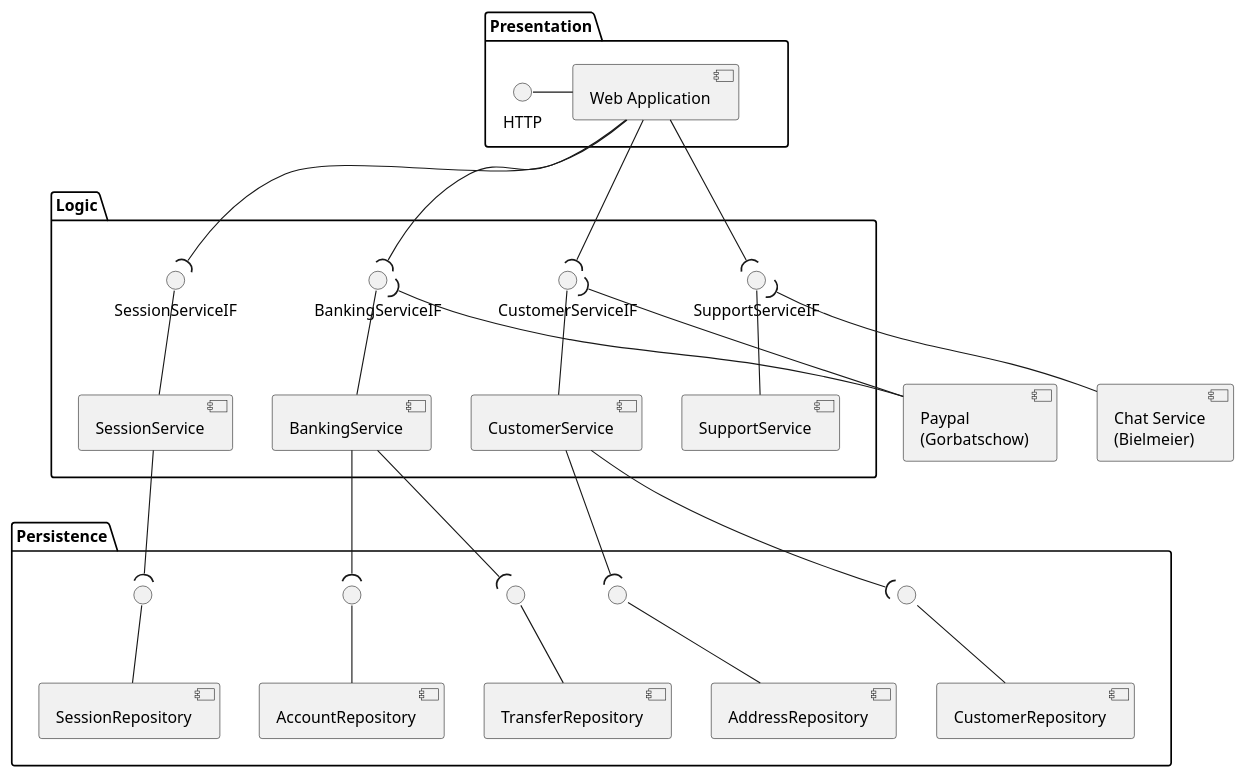
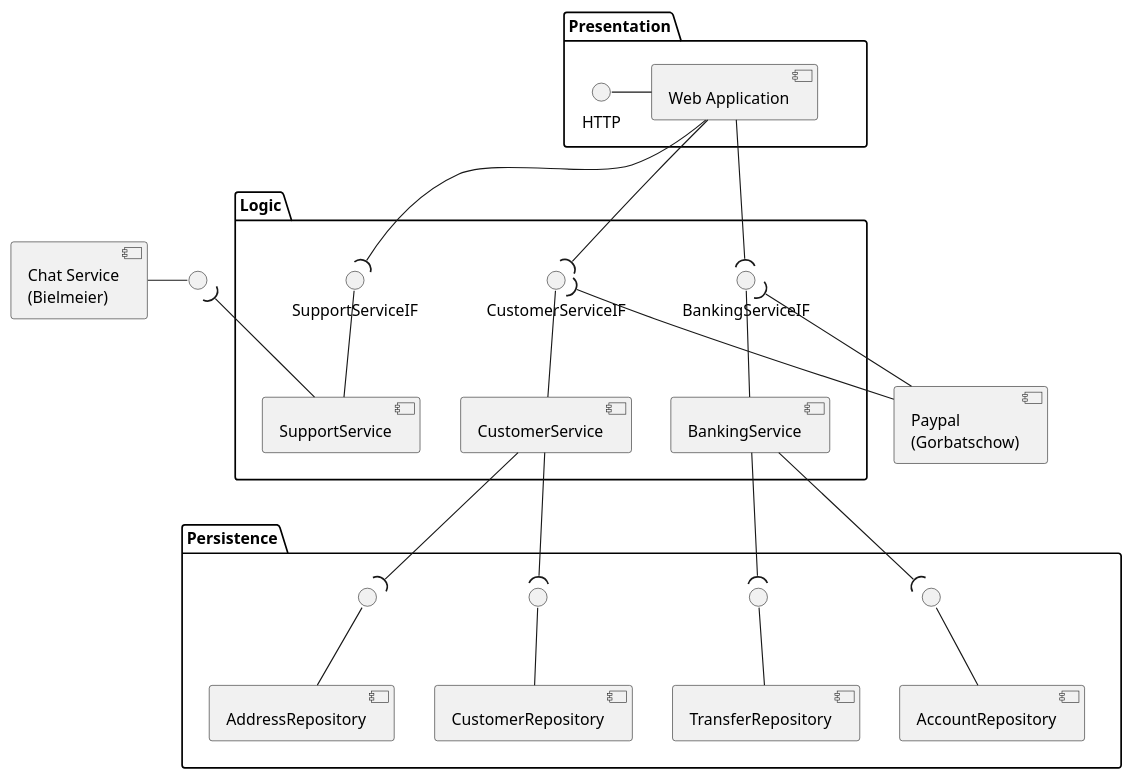
Before and after one commit to SteffBauer/sw_project: the diagram in documentation/diagrams/DiagramComponent_BankingService.puml, drawn with PlantUML.

Commit message:
Worked on use component diagram

```diff
--- a/documentation/diagrams/DiagramComponent_BankingService.puml
+++ b/documentation/diagrams/DiagramComponent_BankingService.puml
@@ -1,69 +1,72 @@
 @startuml
 
 skinparam monochrome true
 
 [Paypal\n(Gorbatschow)] as paypal
 [Chat Service\n(Bielmeier)] as chat
+
+interface " " as IFChat
+chat -right-() IFChat
 
 package "Presentation" as presentation {
   HTTP - [Web Application]
 }
 
 
 package "Logic" as logic {
 
-  [SessionService] -up-() SessionServiceIF
-  SessionServiceIF )-up- [Web Application]
+  '[SessionService] -up-() SessionServiceIF
+  'SessionServiceIF )-up- [Web Application]
 
   [CustomerService] -up-() CustomerServiceIF
   CustomerServiceIF )-up- [Web Application]
   CustomerServiceIF )-- paypal
 
   [BankingService] -up-() BankingServiceIF
   BankingServiceIF )-- [Web Application]
   BankingServiceIF )-- paypal
 
   [SupportService] -up-() SupportServiceIF
   SupportServiceIF )-up- [Web Application]
-  SupportServiceIF )-- chat
+  IFChat )-- SupportService
 
   'chat -[hidden]-> [SupportService]
 
 
 
 }
 
 package "Persistence" as persistence {
-  interface " " as IF1
+  'interface " " as IF1
   interface " " as IF2
   interface " " as IF3
   interface " " as IF4
   interface " " as IF5
 
-  [SessionRepository] -up-() IF1
-  IF1 )-up- [SessionService]
+  '[SessionRepository] -up-() IF1
+  'IF1 )-up- [SessionService]
 
   [AccountRepository] -up-() IF2
   IF2 )-up- [BankingService]
 
   [TransferRepository] -up-() IF3
   IF3 )-up- [BankingService]
 
   [CustomerRepository] -up-() IF4
   IF4 )-up- [CustomerService]
 
   [AddressRepository] -up-() IF5
   IF5 )-up- [CustomerService]
 }
 
 presentation -[hidden]-> logic
 presentation -[hidden]-> persistence
 logic -[hidden]-> persistence
 
 logic -[hidden]> chat
 paypal -[hidden]> logic
 
 
 
 
 @enduml
```
